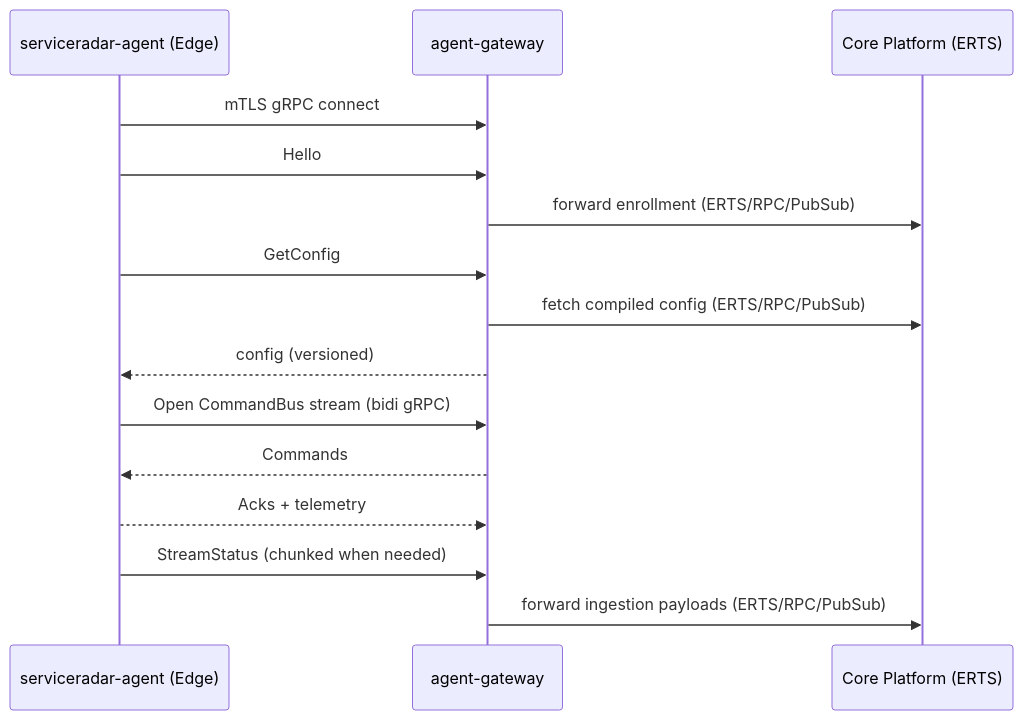
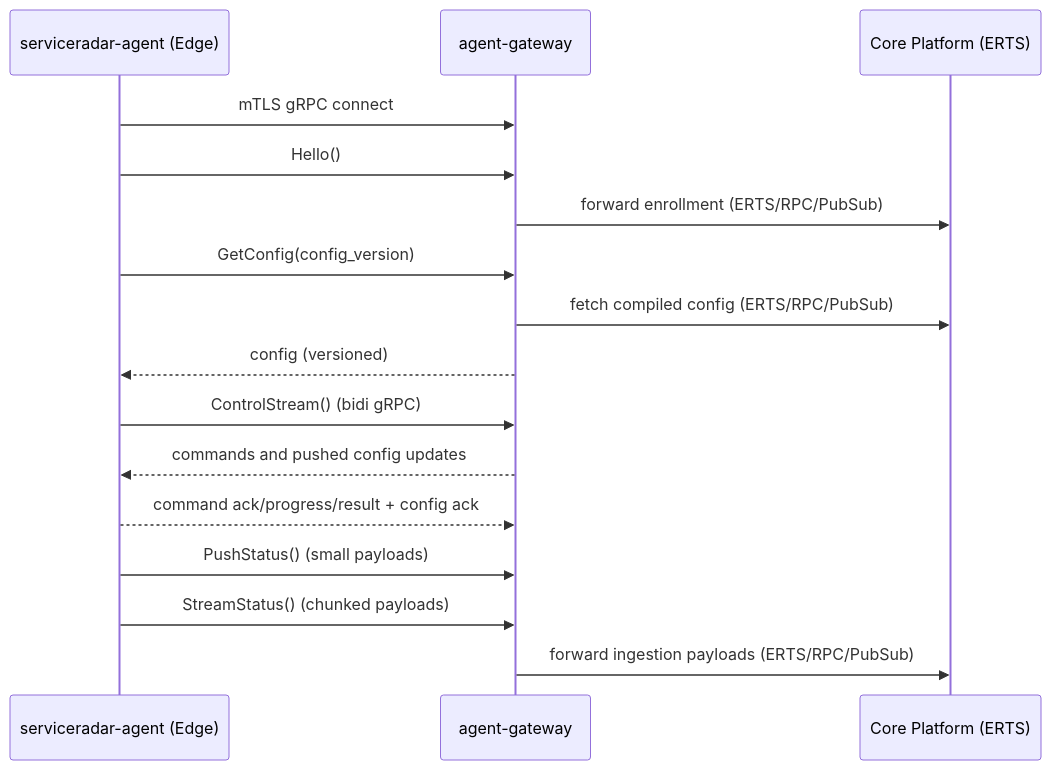
The diagram in docs/docs/edge-model.md (carverauto/serviceradar), drawn with Mermaid before and after one commit. The commit also changed other lines of this file and 13 other files, not shown here.

````diff
--- a/docs/docs/edge-model.md
+++ b/docs/docs/edge-model.md
@@ -33,18 +33,21 @@
 ```mermaid
 sequenceDiagram
   participant A as serviceradar-agent (Edge)
   participant G as agent-gateway
   participant C as Core Platform (ERTS)
 
   A->>G: mTLS gRPC connect
-  A->>G: Hello
+  A->>G: Hello()
   G->>C: forward enrollment (ERTS/RPC/PubSub)
-  A->>G: GetConfig
+  A->>G: GetConfig(config_version)
   G->>C: fetch compiled config (ERTS/RPC/PubSub)
   G-->>A: config (versioned)
-  A->>G: Open CommandBus stream (bidi gRPC)
-  G-->>A: Commands
-  A-->>G: Acks + telemetry
-  A->>G: StreamStatus (chunked when needed)
+
+  A->>G: ControlStream() (bidi gRPC)
+  G-->>A: commands and pushed config updates
+  A-->>G: command ack/progress/result + config ack
+
+  A->>G: PushStatus() (small payloads)
+  A->>G: StreamStatus() (chunked payloads)
   G->>C: forward ingestion payloads (ERTS/RPC/PubSub)
 ```
````
